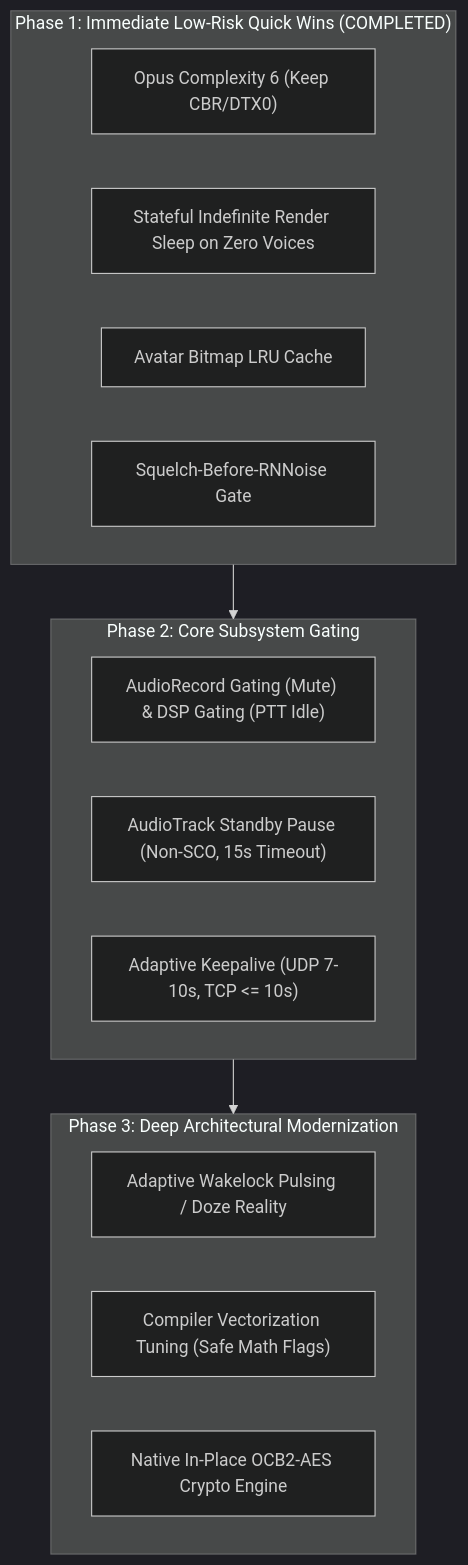
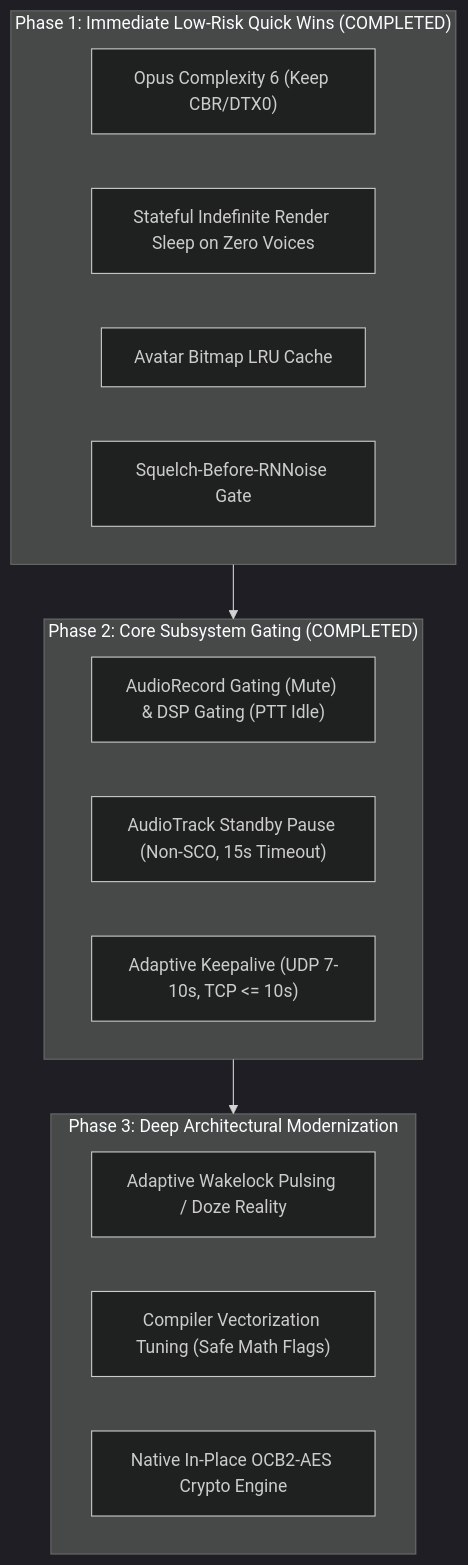
Before and after one commit to 360ied/mumla-oled: the diagram in docs/power-draw-optimizations/remediation-plan.md, drawn with Mermaid (dark theme). The commit also changed other lines of this file and 1 other file, not shown here.

First line of the commit message:
docs: mark phase 2 power optimizations completed

````diff
--- a/docs/power-draw-optimizations/remediation-plan.md
+++ b/docs/power-draw-optimizations/remediation-plan.md
@@ -28,24 +28,24 @@
 ```mermaid
 flowchart TD
     subgraph Phase1 ["Phase 1: Immediate Low-Risk Quick Wins (COMPLETED)"]
         P1_Opus["Opus Complexity 6 (Keep CBR/DTX0)"]
         P1_RenderWait["Stateful Indefinite Render Sleep on Zero Voices"]
         P1_AvatarCache["Avatar Bitmap LRU Cache"]
         P1_SquelchGate["Squelch-Before-RNNoise Gate"]
     end
 
-    subgraph Phase2 ["Phase 2: Core Subsystem Gating"]
+    subgraph Phase2 ["Phase 2: Core Subsystem Gating (COMPLETED)"]
         P2_CaptureGate["AudioRecord Gating (Mute) & DSP Gating (PTT Idle)"]
         P2_AudioTrackPause["AudioTrack Standby Pause (Non-SCO, 15s Timeout)"]
         P2_AdaptivePing["Adaptive Keepalive (UDP 7-10s, TCP <= 10s)"]
     end
 
     subgraph Phase3 ["Phase 3: Deep Architectural Modernization"]
         P3_Wakelock["Adaptive Wakelock Pulsing / Doze Reality"]
         P3_SIMD["Compiler Vectorization Tuning (Safe Math Flags)"]
         P3_NativeCrypto["Native In-Place OCB2-AES Crypto Engine"]
     end
 
     Phase1 --> Phase2
     Phase2 --> Phase3
 ```
````
